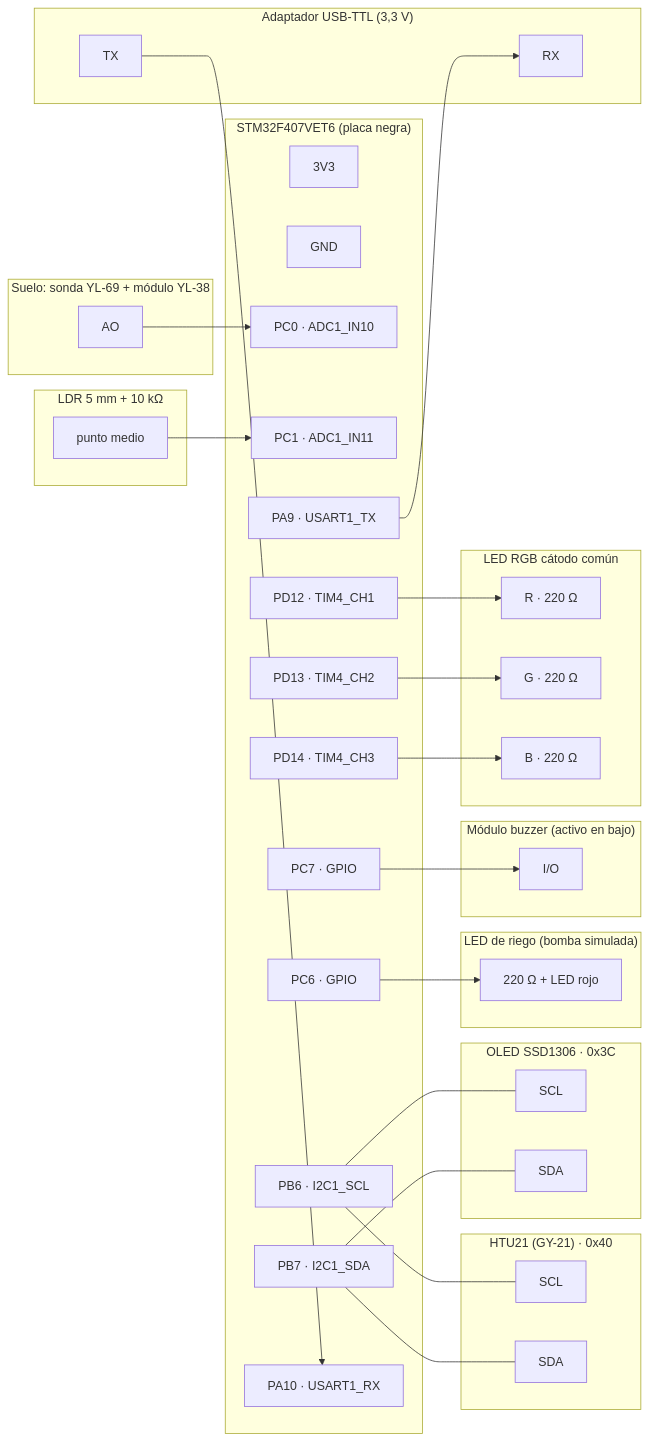
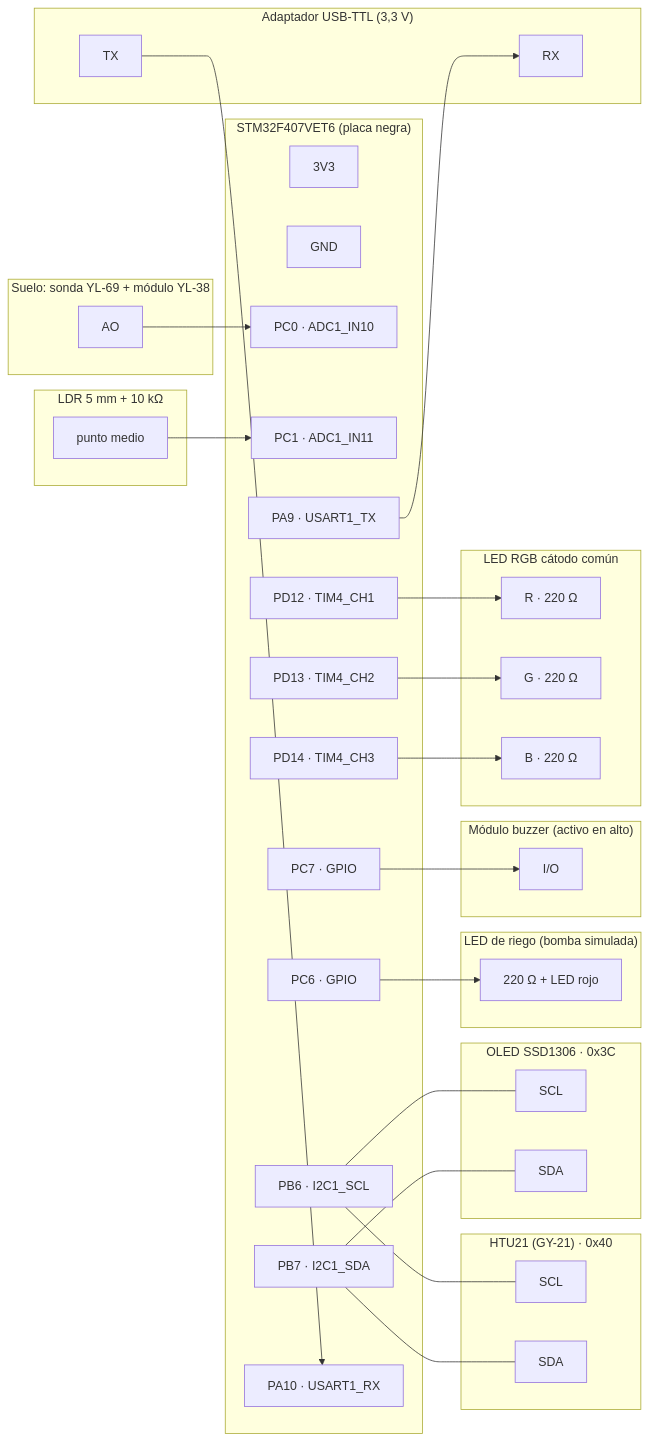
Before and after one commit to GildardoRestrepo/greenhouse_Mata_freeRTOS: the diagram in docs/cableado.md, drawn with Mermaid. The commit also changed 5 other files, not shown here.

First line of the commit message:
fix(outputs): buzzer activo en alto

````diff
--- a/docs/cableado.md
+++ b/docs/cableado.md
@@ -18,62 +18,62 @@
 ```mermaid
 flowchart LR
   subgraph MCU["STM32F407VET6 (placa negra)"]
     V33["3V3"]
     GND["GND"]
     PC0["PC0 · ADC1_IN10"]
     PC1["PC1 · ADC1_IN11"]
     PB6["PB6 · I2C1_SCL"]
     PB7["PB7 · I2C1_SDA"]
     PC6["PC6 · GPIO"]
     PC7["PC7 · GPIO"]
     PD12["PD12 · TIM4_CH1"]
     PD13["PD13 · TIM4_CH2"]
     PD14["PD14 · TIM4_CH3"]
     PA9["PA9 · USART1_TX"]
     PA10["PA10 · USART1_RX"]
   end
 
   subgraph SUELO["Suelo: sonda YL-69 + módulo YL-38"]
     YL_AO["AO"]
   end
   subgraph LUZ["LDR 5 mm + 10 kΩ"]
     LDR_MID["punto medio"]
   end
   subgraph AIRE["HTU21 (GY-21) · 0x40"]
     HTU_SCL["SCL"]
     HTU_SDA["SDA"]
   end
   subgraph OLED["OLED SSD1306 · 0x3C"]
     OLED_SCL["SCL"]
     OLED_SDA["SDA"]
   end
   subgraph RIEGO["LED de riego (bomba simulada)"]
     LEDR["220 Ω + LED rojo"]
   end
-  subgraph BUZ["Módulo buzzer (activo en bajo)"]
+  subgraph BUZ["Módulo buzzer (activo en alto)"]
     BUZ_IO["I/O"]
   end
   subgraph RGB["LED RGB cátodo común"]
     RGB_R["R · 220 Ω"]
     RGB_G["G · 220 Ω"]
     RGB_B["B · 220 Ω"]
   end
   subgraph TTL["Adaptador USB-TTL (3,3 V)"]
     TTL_RX["RX"]
     TTL_TX["TX"]
   end
 
   YL_AO --> PC0
   LDR_MID --> PC1
   PB6 --- HTU_SCL
   PB6 --- OLED_SCL
   PB7 --- HTU_SDA
   PB7 --- OLED_SDA
   PC6 --> LEDR
   PC7 --> BUZ_IO
   PD12 --> RGB_R
   PD13 --> RGB_G
   PD14 --> RGB_B
   PA9 --> TTL_RX
   TTL_TX --> PA10
 ```
````
